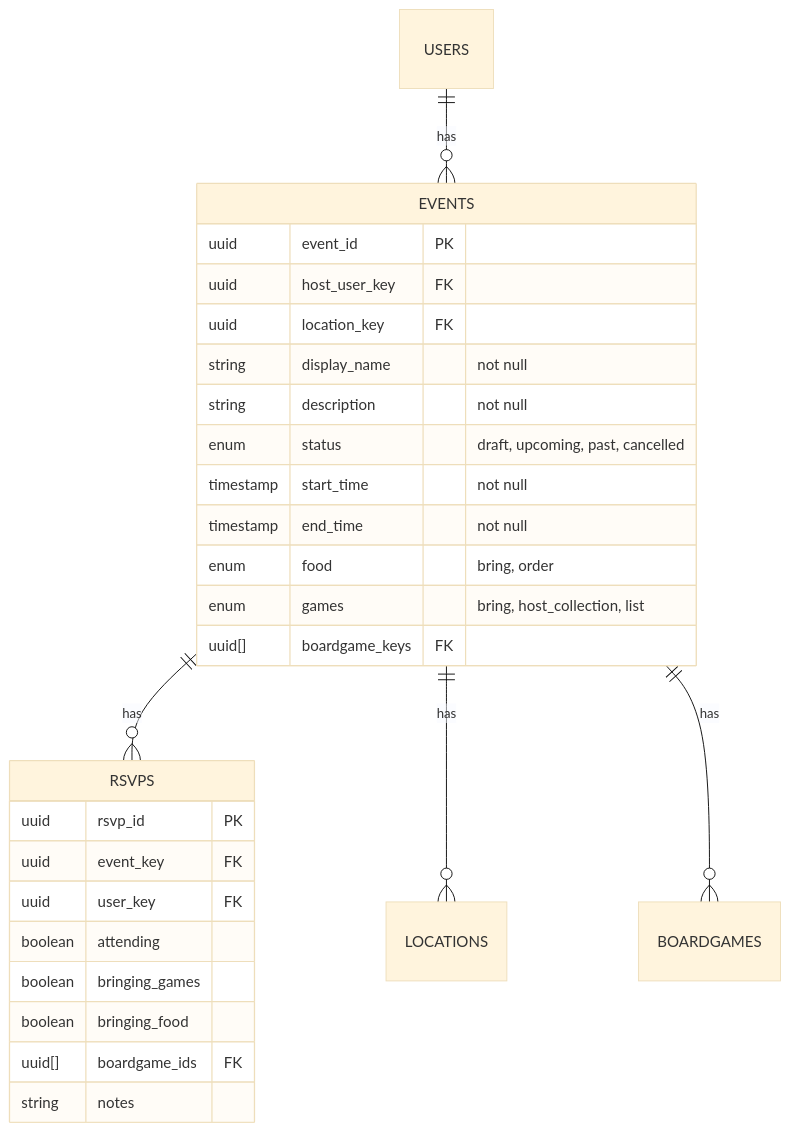
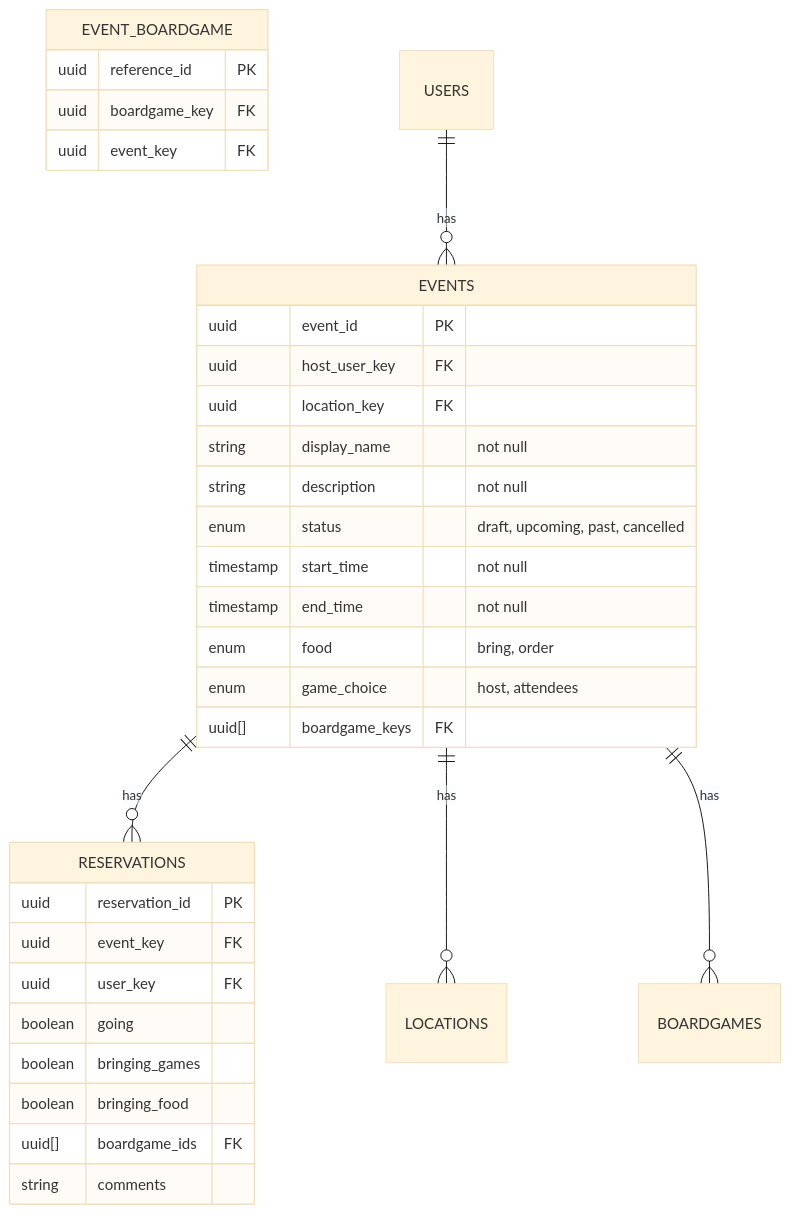
Before and after one commit to game-night-dot-gay/game-night: the diagram in documentation/design/EVENT_MANAGEMENT.md, drawn with Mermaid (base theme). The commit also changed other lines of this file and 1 other file, not shown here.

Commit message:
Add Junction table

````diff
--- a/documentation/design/EVENT_MANAGEMENT.md
+++ b/documentation/design/EVENT_MANAGEMENT.md
@@ -23,30 +23,35 @@
 ```mermaid
 erDiagram
     EVENTS {
         uuid event_id PK
         uuid host_user_key FK
         uuid location_key FK
         string display_name "not null"
         string description "not null"
         enum status "draft, upcoming, past, cancelled"
         timestamp start_time "not null"
         timestamp end_time "not null"
         enum food "bring, order"
-        enum games "bring, host_collection, list"
+        enum game_choice "host, attendees"
         uuid[] boardgame_keys FK
     }
-    RSVPS {
-        uuid rsvp_id PK
+    EVENT_BOARDGAME{
+        uuid reference_id PK
+        uuid boardgame_key FK
+        uuid event_key FK
+    }
+    RESERVATIONS {
+        uuid reservation_id PK
         uuid event_key FK
         uuid user_key FK
-        boolean attending
+        boolean going
         boolean bringing_games
         boolean bringing_food
         uuid[] boardgame_ids FK
-        string notes
+        string comments
     }
-    USERS ||--o{ EVENTS : has
-    EVENTS ||--o{ RSVPS : has
+    USERS  ||--o{ EVENTS : has
+    EVENTS ||--o{ RESERVATIONS : has
     EVENTS ||--o{ LOCATIONS : has
     EVENTS ||--o{ BOARDGAMES : has
 ```
````
